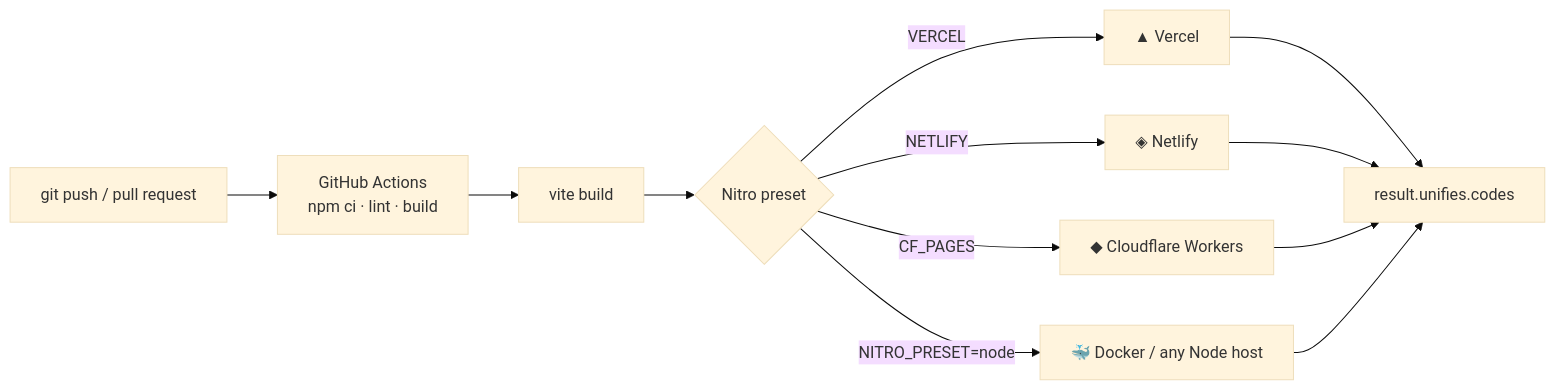
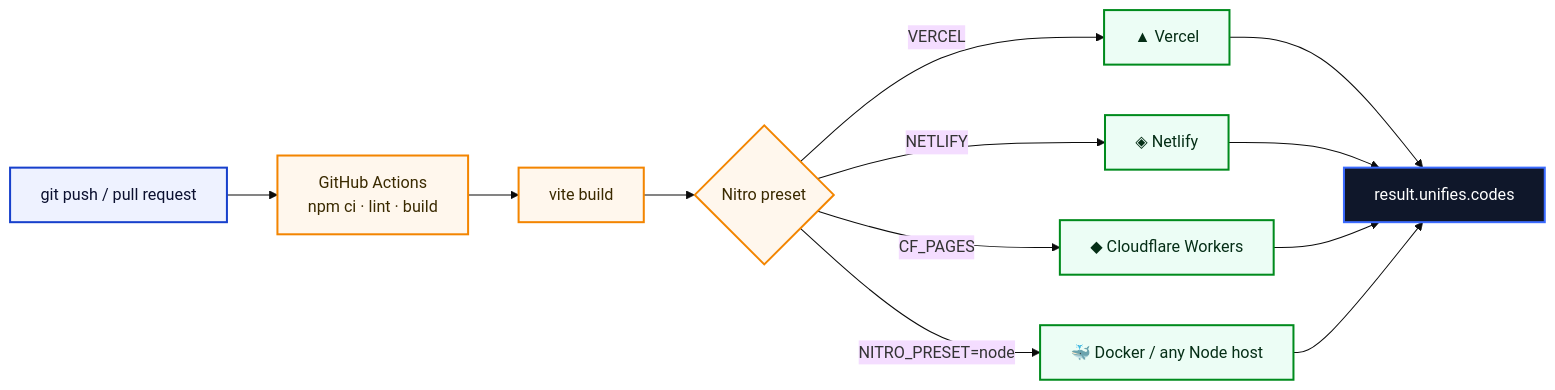
One commit to flawsom/result changed the fifth of 5 diagrams in README.md. Above: the diagram before and after it, drawn with Mermaid (base theme). The commit also changed other lines of this file and 8 other files, not shown here.

````diff
--- a/README.md
+++ b/README.md
@@ -438,14 +476,23 @@
 ```mermaid
 flowchart LR
   DEV["git push / pull request"] --> CI["GitHub Actions<br/>npm ci · lint · build"]
   CI --> BUILD["vite build"]
   BUILD --> NITRO{"Nitro preset"}
   NITRO -->|VERCEL| V["▲ Vercel"]
   NITRO -->|NETLIFY| N["◈ Netlify"]
   NITRO -->|CF_PAGES| C["◆ Cloudflare Workers"]
   NITRO -->|NITRO_PRESET=node| D["🐳 Docker / any Node host"]
   V --> LIVE["result.unifies.codes"]
   N --> LIVE
   C --> LIVE
   D --> LIVE
+
+  classDef src fill:#eef2ff,stroke:#1740cc,stroke-width:2px,color:#0b1030
+  classDef build fill:#fff7ed,stroke:#f38500,stroke-width:2px,color:#3a2a00
+  classDef host fill:#ecfdf5,stroke:#008b1d,stroke-width:2px,color:#052e16
+  classDef live fill:#0f172a,stroke:#3b6bff,stroke-width:2px,color:#ffffff
+  class DEV src
+  class CI,BUILD,NITRO build
+  class V,N,C,D host
+  class LIVE live
 ```
````
